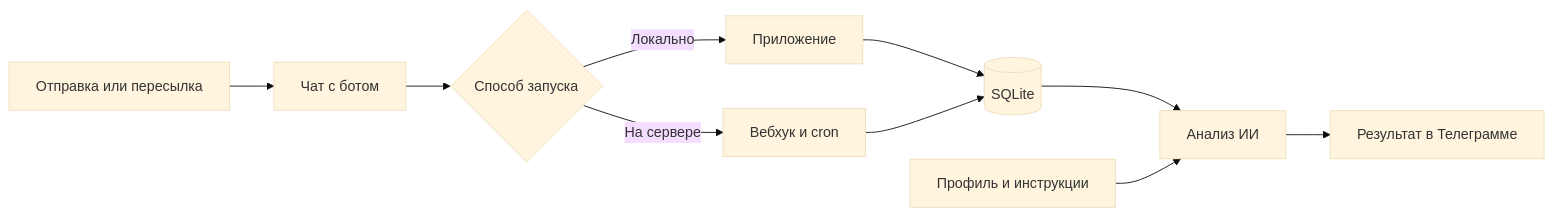
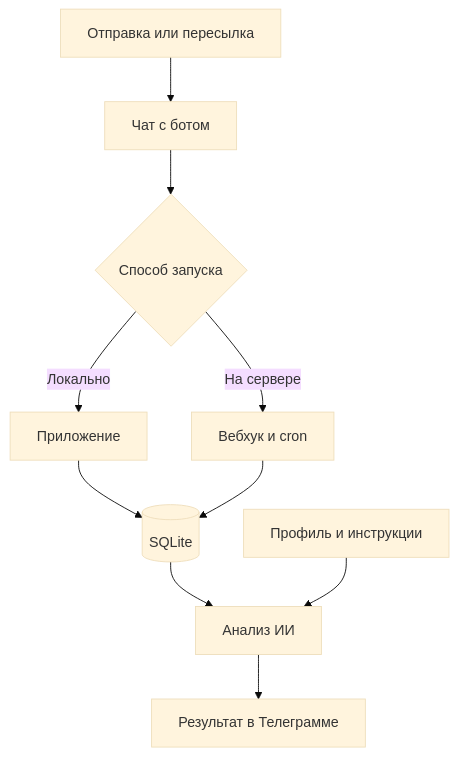
The diagram in README.md (yaleksandr89/telegram-vacancy-monitor), drawn with Mermaid (base theme) before and after one commit. The commit also changed other lines of this file and 240 other files, not shown here.

````diff
--- a/README.md
+++ b/README.md
@@ -36,12 +36,12 @@
 ```mermaid
-flowchart LR
+flowchart TD
     A[Отправка или пересылка] --> B[Чат с ботом]
     B --> C{Способ запуска}
     C -->|Локально| D[Приложение]
     C -->|На сервере| E[Вебхук и cron]
     D --> F[(SQLite)]
     E --> F
     F --> G[Анализ ИИ]
     P[Профиль и инструкции] --> G
     G --> H[Результат в Телеграмме]
 ```
````
